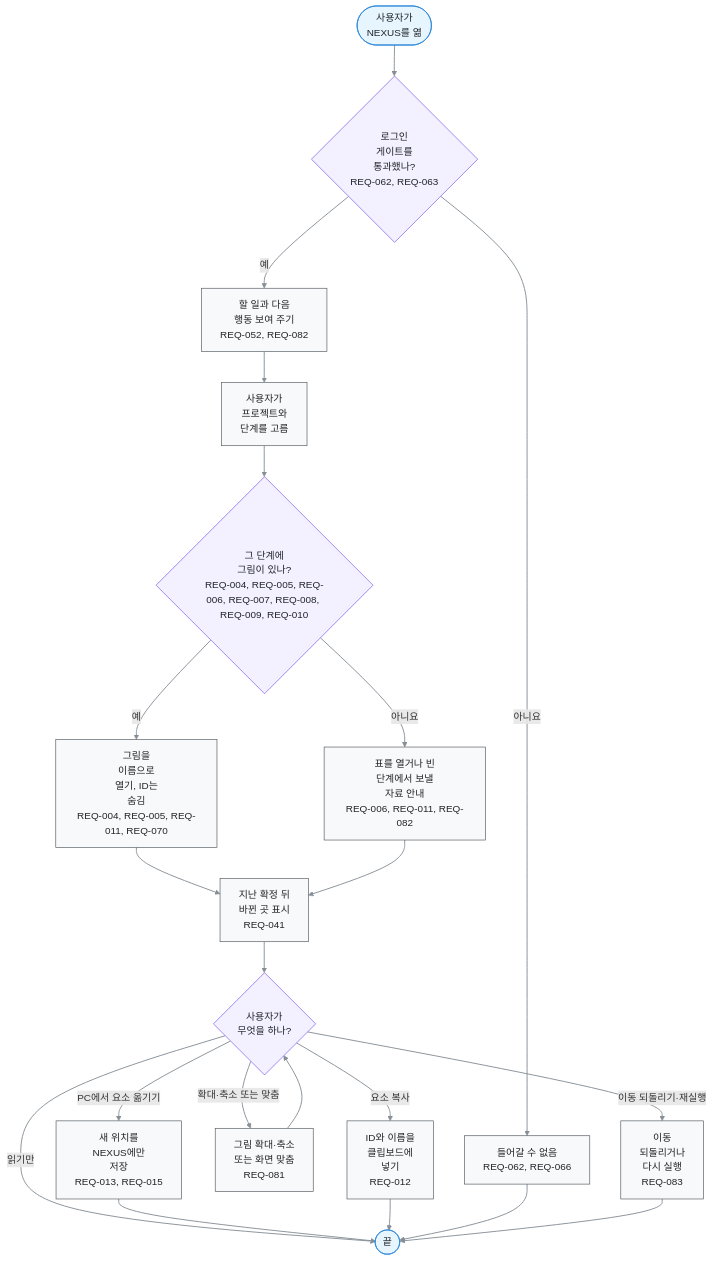
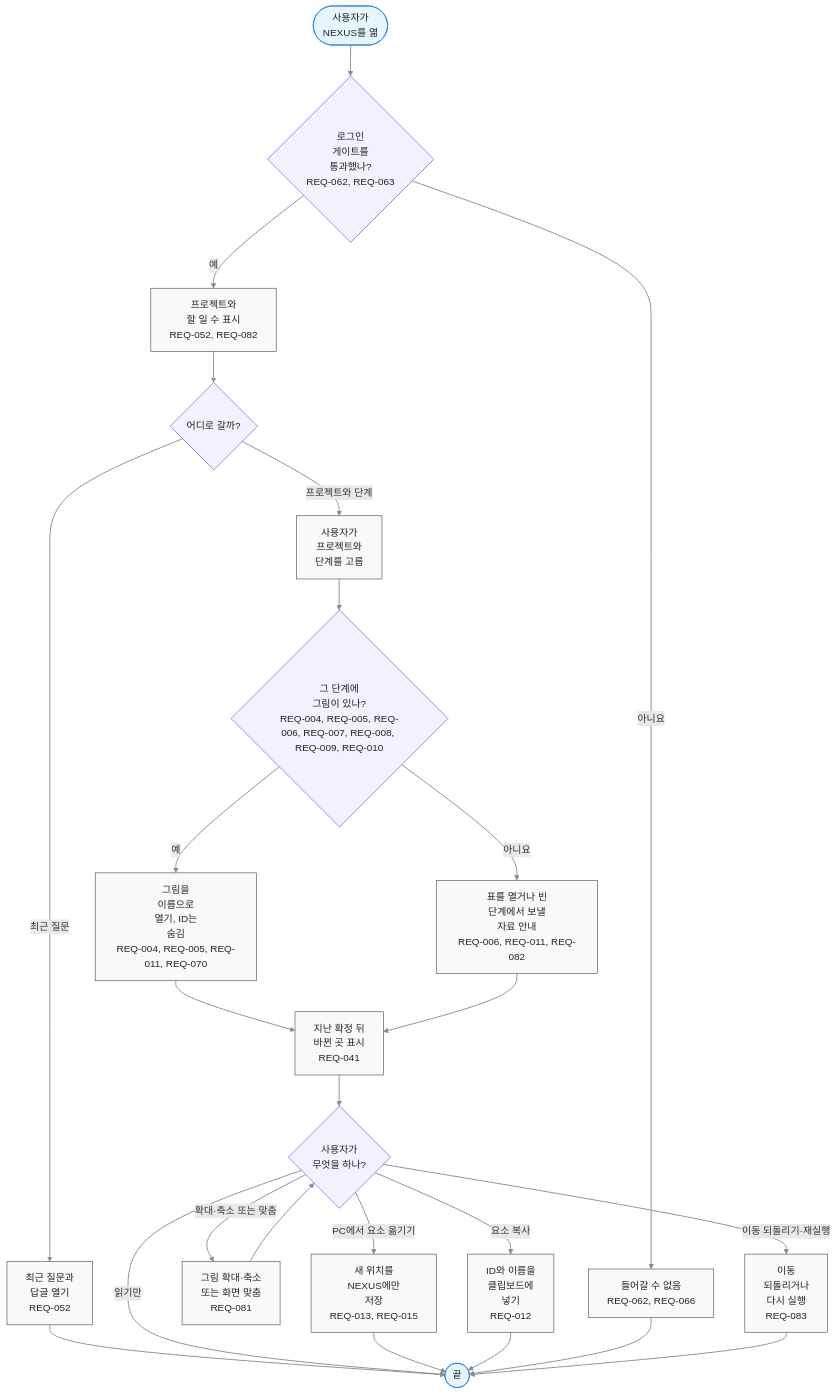
One commit to kodonghui/corthex-nexus changed the diagram in docs/03-user-flow/FL-002-read-a-stage-from-the-to-do.ko.md. Above: the diagram before and after it, drawn with Mermaid. The commit also changed other lines of this file and 69 other files, not shown here.

````diff
--- a/docs/03-user-flow/FL-002-read-a-stage-from-the-to-do.ko.md
+++ b/docs/03-user-flow/FL-002-read-a-stage-from-the-to-do.ko.md
@@ -11,48 +11,53 @@
 ```mermaid
 flowchart TD
   A(["사용자가<br/>NEXUS를 엶"])
   B{"로그인<br/>게이트를<br/>통과했나?<br/>REQ-062, REQ-063"}
-  C["할 일과 다음<br/>행동 보여 주기<br/>REQ-052, REQ-082"]
+  C["프로젝트와<br/>할 일 수 표시<br/>REQ-052, REQ-082"]
   D["사용자가<br/>프로젝트와<br/>단계를 고름"]
   E{"그 단계에<br/>그림이 있나?<br/>REQ-004, REQ-005, REQ-006, REQ-007, REQ-008, REQ-009, REQ-010"}
   F["그림을<br/>이름으로<br/>열기, ID는<br/>숨김<br/>REQ-004, REQ-005, REQ-011, REQ-070"]
   G["표를 열거나 빈<br/>단계에서 보낼<br/>자료 안내<br/>REQ-006, REQ-011, REQ-082"]
   H["지난 확정 뒤<br/>바뀐 곳 표시<br/>REQ-041"]
   I{"사용자가<br/>무엇을 하나?"}
   J["새 위치를<br/>NEXUS에만<br/>저장<br/>REQ-013, REQ-015"]
   K["ID와 이름을<br/>클립보드에<br/>넣기<br/>REQ-012"]
   L["그림 확대·축소<br/>또는 화면 맞춤<br/>REQ-081"]
   N["이동<br/>되돌리거나<br/>다시 실행<br/>REQ-083"]
   R1["들어갈 수 없음<br/>REQ-062, REQ-066"]
+  Q0{"어디로 갈까?"}
+  Q["최근 질문과<br/>답글 열기<br/>REQ-052"]
   Z(["끝"])
   A e1@--> B
   B e2@-->|아니요| R1
   B e3@-->|예| C
-  C e4@--> D
+  C e4@--> Q0
+  Q0 e21@-->|프로젝트와 단계| D
+  Q0 e22@-->|최근 질문| Q
+  Q e23@--> Z
   D e5@--> E
   E e6@-->|예| F
   E e7@-->|아니요| G
   F e8@--> H
   G e9@--> H
   H e10@--> I
   I e11@-->|PC에서 요소 옮기기| J
   I e12@-->|요소 복사| K
   I e13@-->|읽기만| Z
   J e14@--> Z
   K e15@--> Z
   R1 e16@--> Z
   I e17@-->|확대·축소 또는 맞춤| L
   L e18@--> I
   I e19@-->|이동 되돌리기·재실행| N
   N e20@--> Z
   %% legend: below
   classDef term fill:#e7f5ff,stroke:#1c7ed6,color:#212529
   classDef proc fill:#f8f9fa,stroke:#495057,color:#212529
   classDef decide fill:#f3f0ff,stroke:#7048e8,color:#212529
   classDef gap fill:#f1f3f5,stroke:#adb5bd,stroke-dasharray:2 3,color:#495057
   classDef pass stroke:#868e96,stroke-width:1.5px
   class A,Z term
-  class C,D,F,G,H,J,K,L,N,R1 proc
-  class B,E,I decide
-  class e1,e2,e3,e4,e5,e6,e7,e8,e9,e10,e11,e12,e13,e14,e15,e16,e17,e18,e19,e20 pass
+  class C,D,F,G,H,J,K,L,N,Q,R1 proc
+  class B,E,I,Q0 decide
+  class e1,e2,e3,e4,e5,e6,e7,e8,e9,e10,e11,e12,e13,e14,e15,e16,e17,e18,e19,e20,e21,e22,e23 pass
 ```
````
